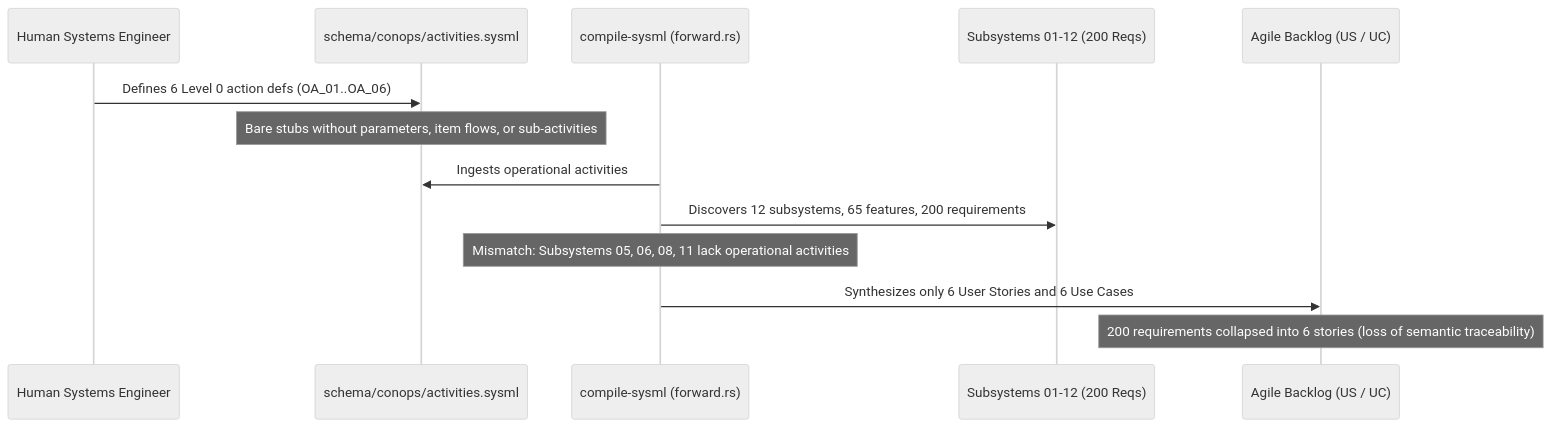
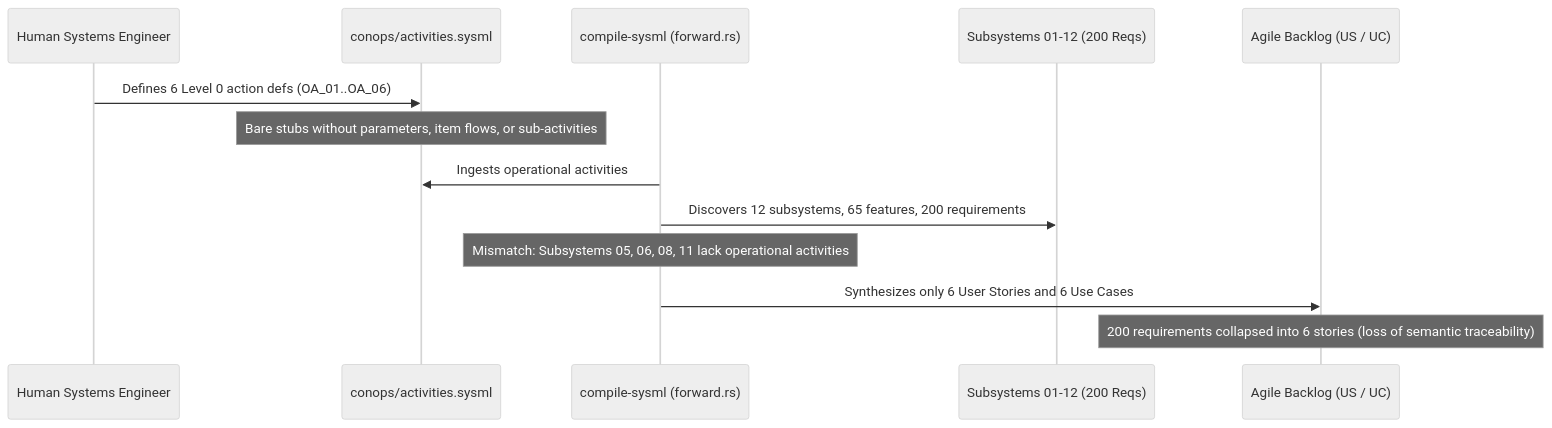
One commit to gintatkinson/dumpiler-01 changed diagram 11 of 20 in docs/reports/MERMAID_RENDERING_VERIFICATION.md. Above: the diagram before and after it, drawn with Mermaid (neutral theme). The commit also changed other lines of this file and 218 other files, not shown here.

````diff
--- a/docs/reports/MERMAID_RENDERING_VERIFICATION.md
+++ b/docs/reports/MERMAID_RENDERING_VERIFICATION.md
@@ -513,16 +515,16 @@
 ```mermaid
 sequenceDiagram
     participant Engineer as Human Systems Engineer
-    participant ConOps as schema/conops/activities.sysml
+    participant ConOps as conops/activities.sysml
     participant Compiler as compile-sysml (forward.rs)
     participant Subsystems as Subsystems 01-12 (200 Reqs)
     participant Backlog as Agile Backlog (US / UC)
 
     Engineer->>ConOps: Defines 6 Level 0 action defs (OA_01..OA_06)
     Note over ConOps: Bare stubs without parameters, item flows, or sub-activities
     Compiler->>ConOps: Ingests operational activities
     Compiler->>Subsystems: Discovers 12 subsystems, 65 features, 200 requirements
     Note over Compiler: Mismatch: Subsystems 05, 06, 08, 11 lack operational activities
     Compiler->>Backlog: Synthesizes only 6 User Stories and 6 Use Cases
     Note over Backlog: 200 requirements collapsed into 6 stories (loss of semantic traceability)
 ```
````
